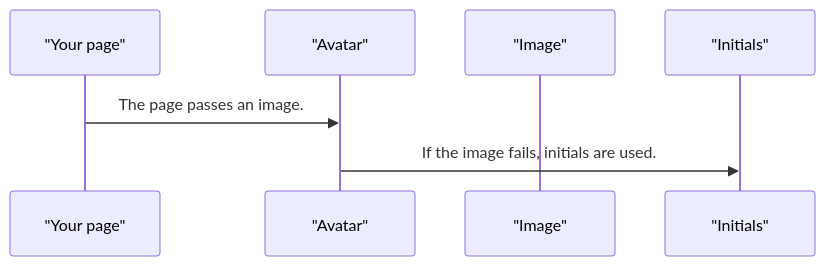
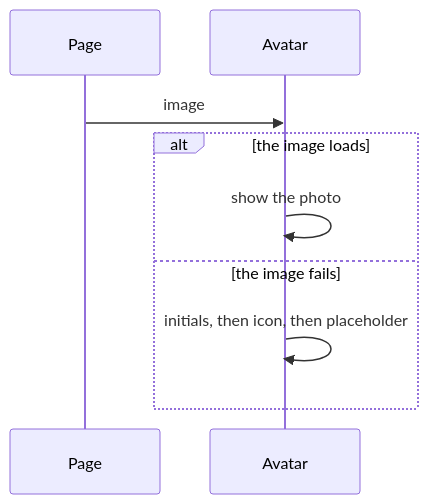
One commit to RajshekharBorate/pixel-ui changed the second of 4 diagrams in projects/pixel-ui/src/lib/pixel-avatar/DESIGN.md. Above: the diagram before and after it, drawn with Mermaid. The commit also changed other lines of this file and 73 other files, not shown here.

Commit message:
Explain who owns each value and what each flow does in every component and service design.

````diff
--- a/projects/pixel-ui/src/lib/pixel-avatar/DESIGN.md
+++ b/projects/pixel-ui/src/lib/pixel-avatar/DESIGN.md
@@ -56,9 +72,11 @@
 ```mermaid
 sequenceDiagram
-  participant page as "Your page"
-  participant avatar as "Avatar"
-  participant image as "Image"
-  participant initials as "Initials"
-  page->>avatar: The page passes an image.
-  avatar->>initials: If the image fails, initials are used.
+  participant Page
+  participant Avatar
+  Page->>Avatar: image
+  alt the image loads
+    Avatar->>Avatar: show the photo
+  else the image fails
+    Avatar->>Avatar: initials, then icon, then placeholder
+  end
 ```
````
